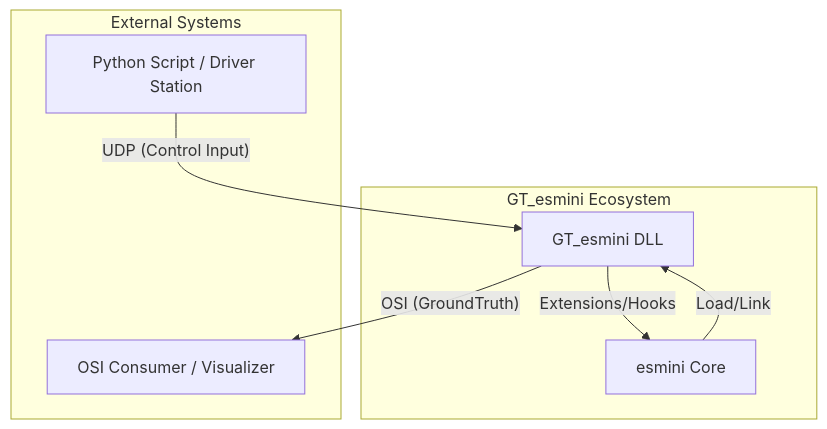
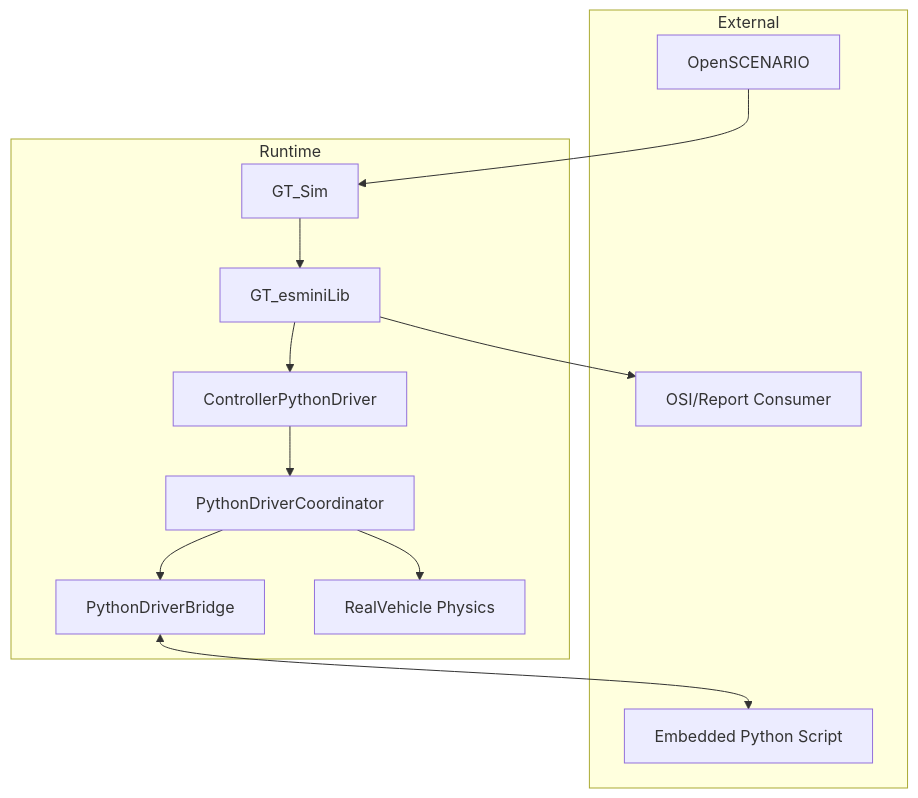
The first of 2 diagrams in GT_esmini/docs/15_system_structure.md (GT-karny/esmini), drawn with Mermaid before and after one commit. The commit also changed other lines of this file and 20 other files, not shown here.

````diff
--- a/GT_esmini/docs/15_system_structure.md
+++ b/GT_esmini/docs/15_system_structure.md
@@ -16,18 +41,26 @@
 ```mermaid
 graph TD
-    subgraph External[External Systems]
-        PythonScript[Python Script / Driver Station]
-        OSIConsumer[OSI Consumer / Visualizer]
+    subgraph External
+        XOSC[OpenSCENARIO]
+        PY[Embedded Python Script]
+        CONSUMER[OSI/Report Consumer]
     end
 
-    subgraph GT_esmini_System[GT_esmini Ecosystem]
-        esmini[esmini Core]
-        GT_esmini[GT_esmini DLL]
+    subgraph Runtime
+        GTSIM[GT_Sim]
+        GTLIB[GT_esminiLib]
+        CCTRL[ControllerPythonDriver]
+        BRIDGE[PythonDriverBridge]
+        COORD[PythonDriverCoordinator]
+        RV[RealVehicle Physics]
     end
 
-    PythonScript -- UDP (Control Input) --> GT_esmini
-    GT_esmini -- OSI (GroundTruth) --> OSIConsumer
-    
-    esmini -- Load/Link --> GT_esmini
-    GT_esmini -- Extensions/Hooks --> esmini
+    XOSC --> GTSIM
+    GTSIM --> GTLIB
+    GTLIB --> CCTRL
+    CCTRL --> COORD
+    COORD --> BRIDGE
+    BRIDGE <--> PY
+    COORD --> RV
+    GTLIB --> CONSUMER
 ```
````
